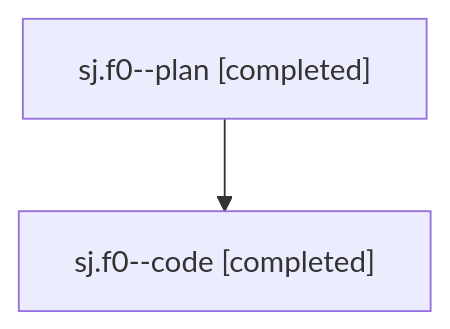
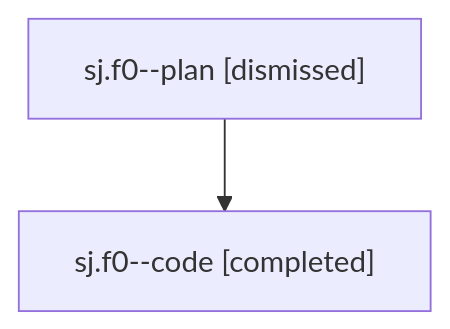
One commit to bobs-org/bob-cli--agents changed the diagram in families/bbugyi200.athena.sj.f0.md. Above: the diagram before and after it, drawn with Mermaid. The commit also changed other lines of this file and 128 other files, not shown here.

````diff
--- a/families/bbugyi200.athena.sj.f0.md
+++ b/families/bbugyi200.athena.sj.f0.md
@@ -9,6 +9,6 @@
 ```mermaid
 flowchart TD
-  n0["sj.f0--plan [completed]"]
+  n0["sj.f0--plan [dismissed]"]
   n1["sj.f0--code [completed]"]
   n0 --> n1
 ```
````
